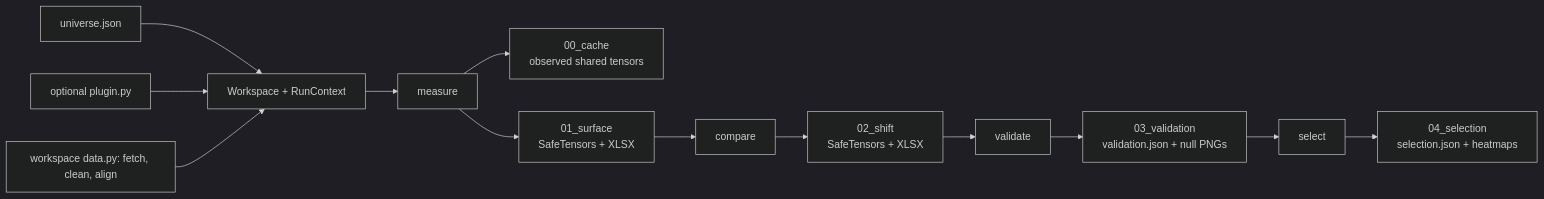
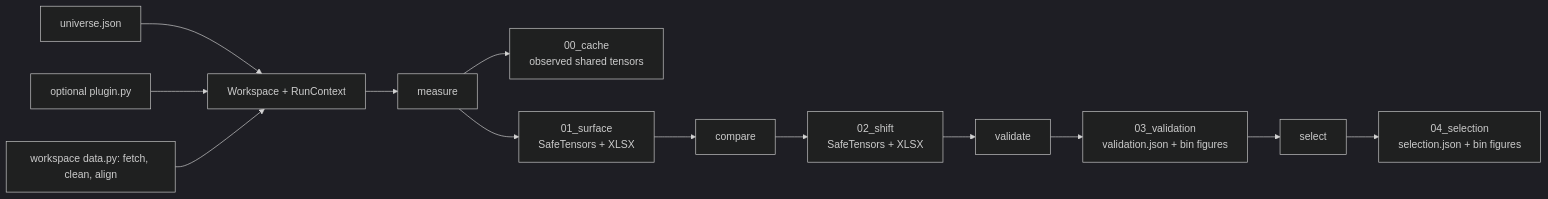
One commit to doubletrends/alpha-verify changed the diagram in src/README.md. Above: the diagram before and after it, drawn with Mermaid (dark theme). The commit also changed other lines of this file and 9 other files, not shown here.

First line of the commit message:
Show each condition bin as a shift heatmap beside its null distribution

````diff
--- a/src/README.md
+++ b/src/README.md
@@ -70,15 +70,15 @@
 ```mermaid
 flowchart LR
     U[universe.json] --> C[Workspace + RunContext]
     P[optional plugin.py] --> C
     D[workspace data.py: fetch, clean, align] --> C
     C --> M[measure]
     M --> C0[00_cache<br/>observed shared tensors]
     M --> A1[01_surface<br/>SafeTensors + XLSX]
     A1 --> X[compare]
     X --> A2[02_shift<br/>SafeTensors + XLSX]
     A2 --> V[validate]
-    V --> A3[03_validation<br/>validation.json + null PNGs]
+    V --> A3[03_validation<br/>validation.json + bin figures]
     A3 --> S[select]
-    S --> A4[04_selection<br/>selection.json + heatmaps]
+    S --> A4[04_selection<br/>selection.json + bin figures]
 ```
````
